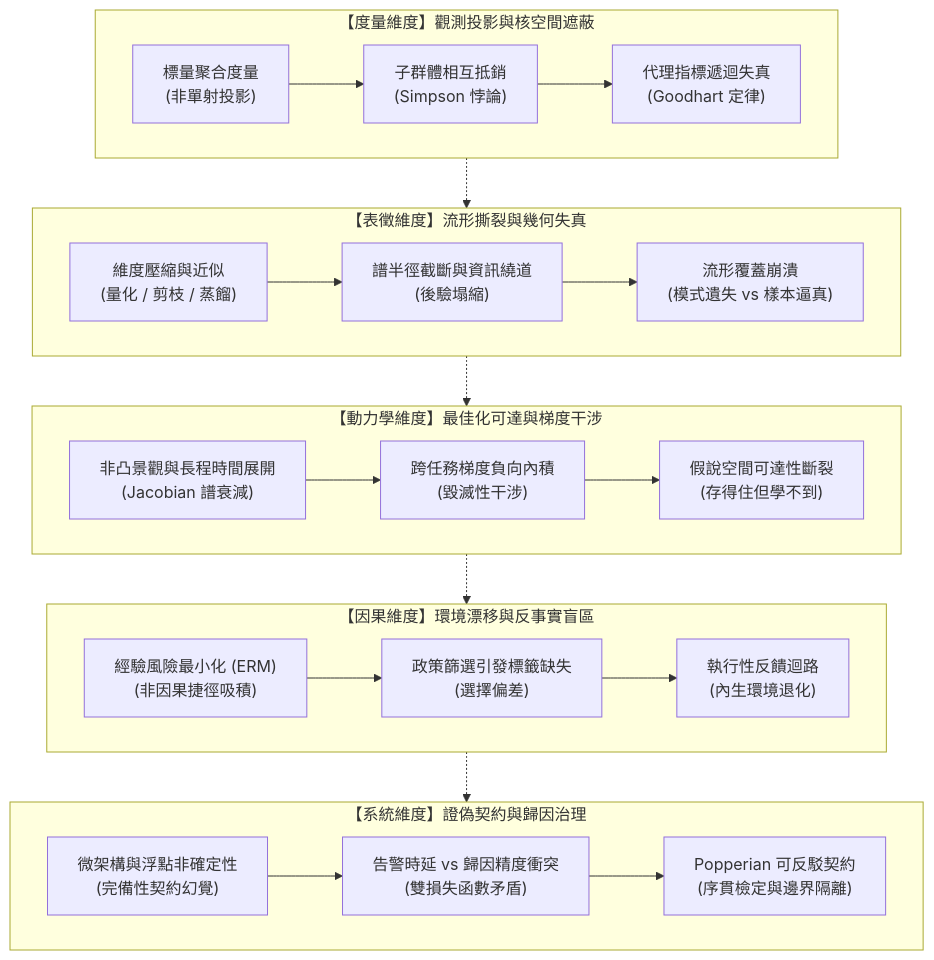
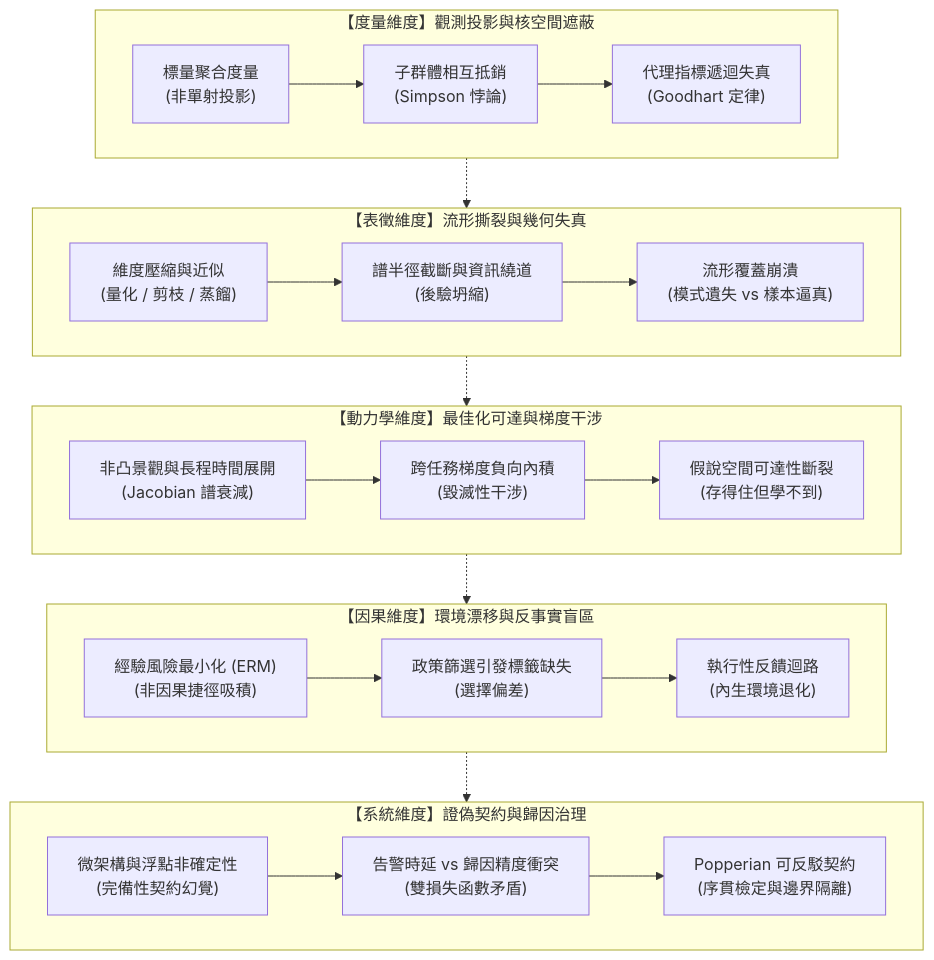
The diagram in recrystal-2026-09-13-b/series-map.md (tacticaldoll/agent-distillates), drawn with Mermaid before and after one commit. The commit also changed other lines of this file and 6 other files, not shown here.

````diff
--- a/recrystal-2026-09-13-b/series-map.md
+++ b/recrystal-2026-09-13-b/series-map.md
@@ -9,32 +9,32 @@
 ```mermaid
 flowchart TD
     subgraph D1["【度量維度】觀測投影與核空間遮蔽"]
         M1["標量聚合度量<br/>(非單射投影)"] --> M2["子群體相互抵銷<br/>(Simpson 悖論)"]
         M2 --> M3["代理指標遞迴失真<br/>(Goodhart 定律)"]
     end
 
     subgraph D2["【表徵維度】流形撕裂與幾何失真"]
-        G1["維度壓縮與近似<br/>(量化 / 剪枝 / 蒸餾)"] --> G2["譜半徑截斷與資訊繞道<br/>(後驗塌縮)"]
+        G1["維度壓縮與近似<br/>(量化 / 剪枝 / 蒸餾)"] --> G2["譜半徑截斷與資訊繞道<br/>(後驗坍縮)"]
         G2 --> G3["流形覆蓋崩潰<br/>(模式遺失 vs 樣本逼真)"]
     end
 
     subgraph D3["【動力學維度】最佳化可達與梯度干涉"]
         O1["非凸景觀與長程時間展開<br/>(Jacobian 譜衰減)"] --> O2["跨任務梯度負向內積<br/>(毀滅性干涉)"]
         O2 --> O3["假說空間可達性斷裂<br/>(存得住但學不到)"]
     end
 
     subgraph D4["【因果維度】環境漂移與反事實盲區"]
         C1["經驗風險最小化 (ERM)<br/>(非因果捷徑吸積)"] --> C2["政策篩選引發標籤缺失<br/>(選擇偏差)"]
         C2 --> C3["執行性反饋迴路<br/>(內生環境退化)"]
     end
 
     subgraph D5["【系統維度】證偽契約與歸因治理"]
         S1["微架構與浮點非確定性<br/>(完備性契約幻覺)"] --> S2["告警時延 vs 歸因精度衝突<br/>(雙損失函數矛盾)"]
         S2 --> S3["Popperian 可反駁契約<br/>(序貫檢定與邊界隔離)"]
     end
 
     D1 -.-> D2
     D2 -.-> D3
     D3 -.-> D4
     D4 -.-> D5
 ```
````
